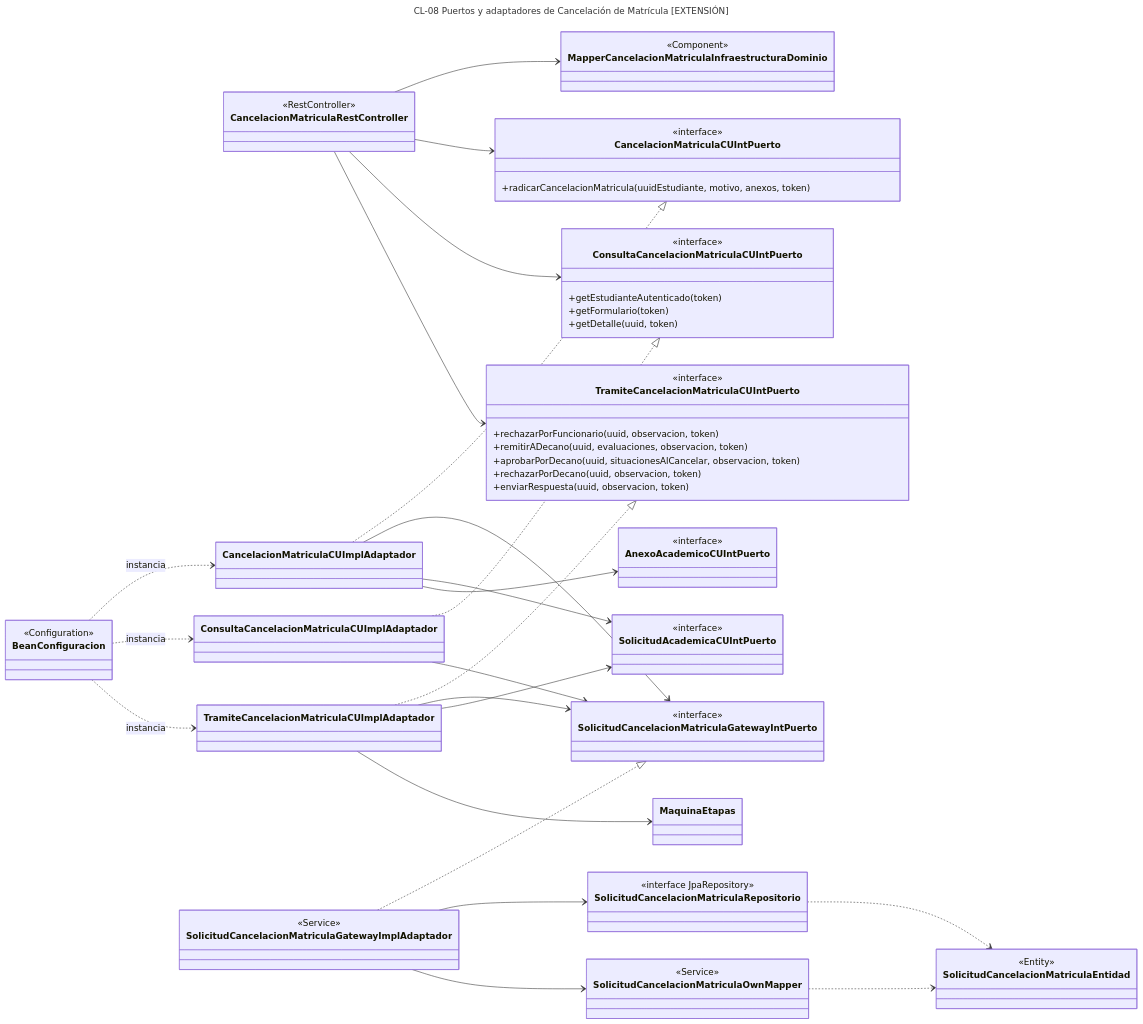
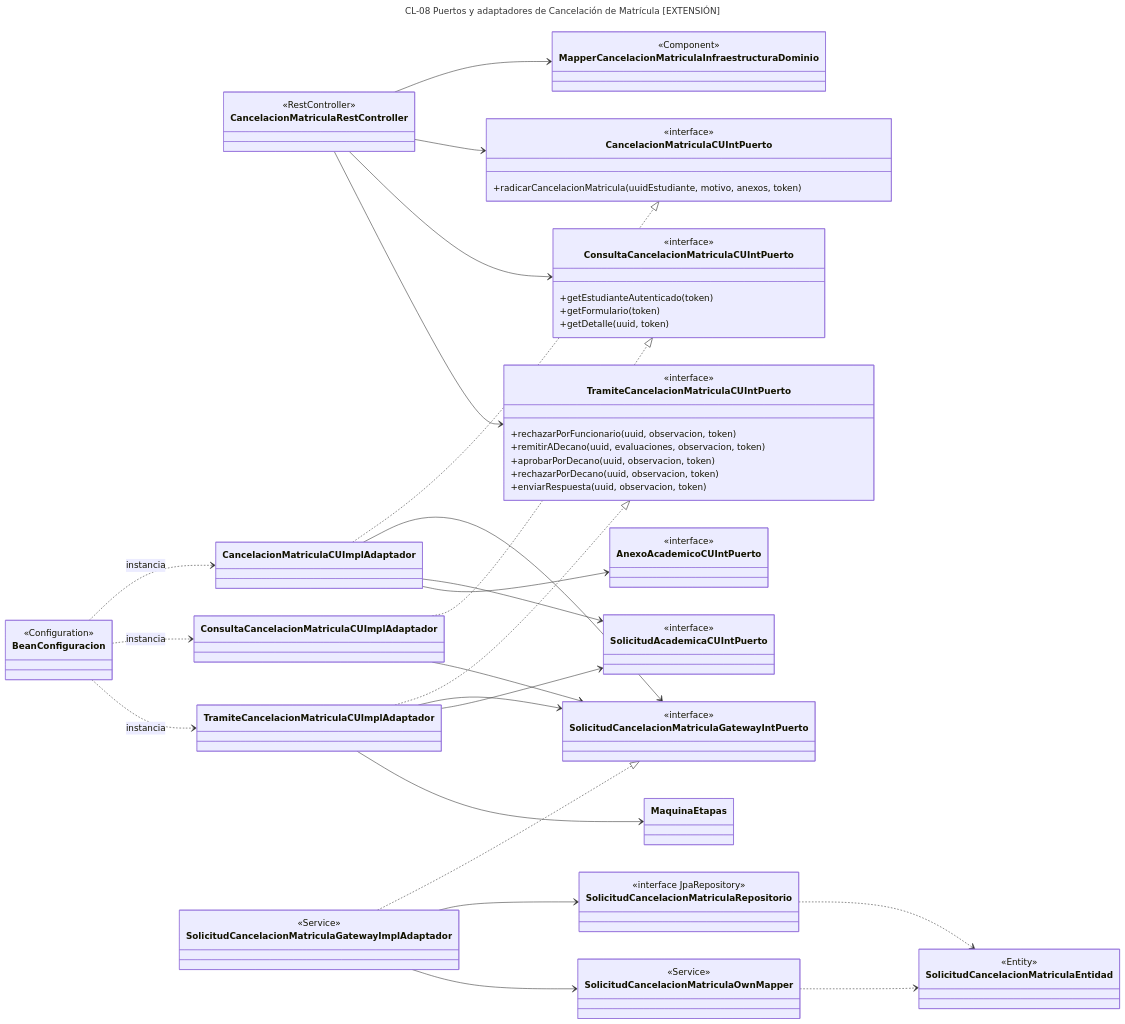
Before and after one commit to CamiloBonilla1226/Gestion-Procesos-Academicos-FIET: diagram 13 of 42 in docs/analisis/13-diagramas-fuente.md, drawn with Mermaid. The commit also changed other lines of this file and 105 other files, not shown here.

```diff
--- a/docs/analisis/13-diagramas-fuente.md
+++ b/docs/analisis/13-diagramas-fuente.md
@@ -987,7 +996,7 @@
         <<interface>>
         +rechazarPorFuncionario(uuid, observacion, token)
         +remitirADecano(uuid, evaluaciones, observacion, token)
-        +aprobarPorDecano(uuid, situacionesAlCancelar, observacion, token)
+        +aprobarPorDecano(uuid, observacion, token)
         +rechazarPorDecano(uuid, observacion, token)
         +enviarRespuesta(uuid, observacion, token)
     }
```
